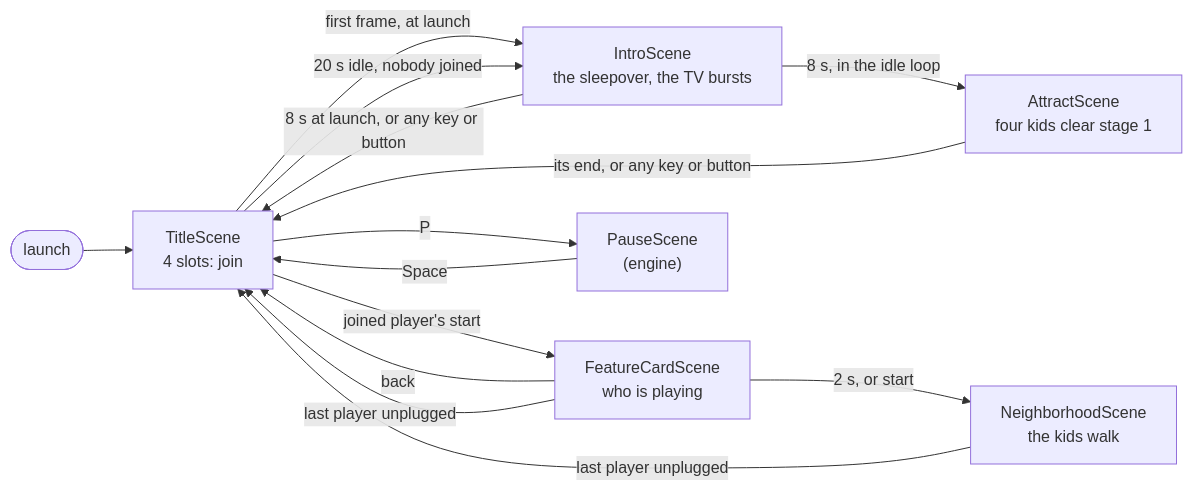
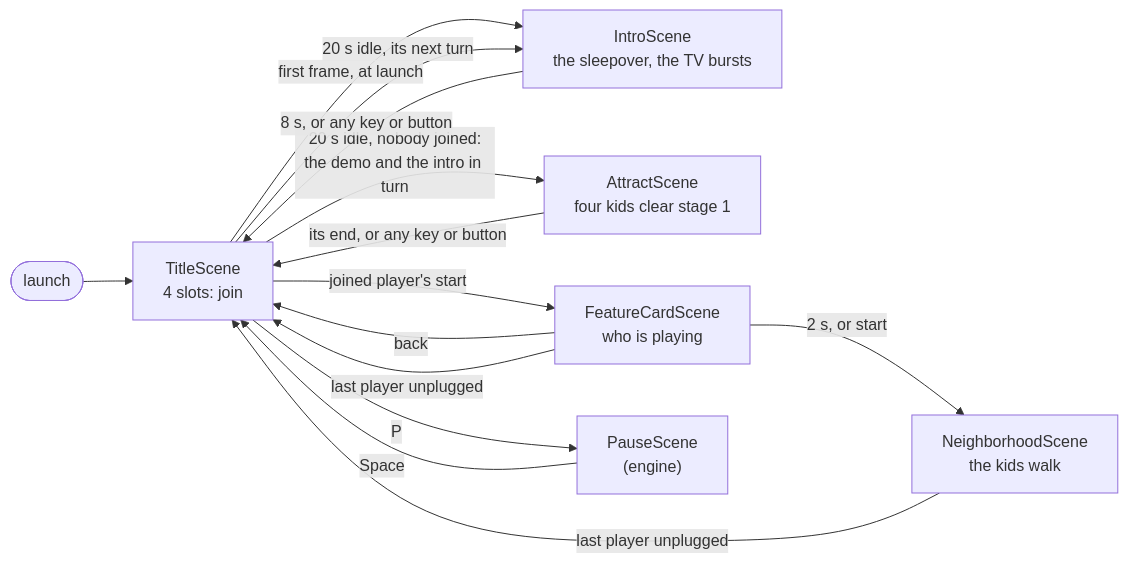
Before and after one commit to terrysimons/glitchygames: the diagram in docs/games/zombies_aint_my_neighbors.md, drawn with Mermaid. The commit also changed other lines of this file and 26 other files, not shown here.

First line of the commit message:
Zombies: the idle loop shows the demo and the intro in turn, the demo first

````diff
--- a/docs/games/zombies_aint_my_neighbors.md
+++ b/docs/games/zombies_aint_my_neighbors.md
@@ -75,16 +75,16 @@
 ```mermaid
 flowchart LR
     Launch(["launch"]) --> Title
     Title -- "first frame, at launch" --> Intro["IntroScene<br/>the sleepover, the TV bursts"]
-    Title -- "20 s idle, nobody joined" --> Intro
-    Intro -- "8 s at launch, or any key or button" --> Title
-    Intro -- "8 s, in the idle loop" --> Demo["AttractScene<br/>four kids clear stage 1"]
+    Title -- "20 s idle, nobody joined:<br/>the demo and the intro in turn" --> Demo["AttractScene<br/>four kids clear stage 1"]
+    Title -- "20 s idle, its next turn" --> Intro
+    Intro -- "8 s, or any key or button" --> Title
     Demo -- "its end, or any key or button" --> Title
     Title["TitleScene<br/>4 slots: join"] -- "joined player's start" --> Card["FeatureCardScene<br/>who is playing"]
     Card -- "2 s, or start" --> Yard["NeighborhoodScene<br/>the kids walk"]
     Card -- "back" --> Title
     Yard -- "last player unplugged" --> Title
     Card -- "last player unplugged" --> Title
     Title -- "P" --> Pause["PauseScene<br/>(engine)"]
     Pause -- "Space" --> Title
 ```
````
